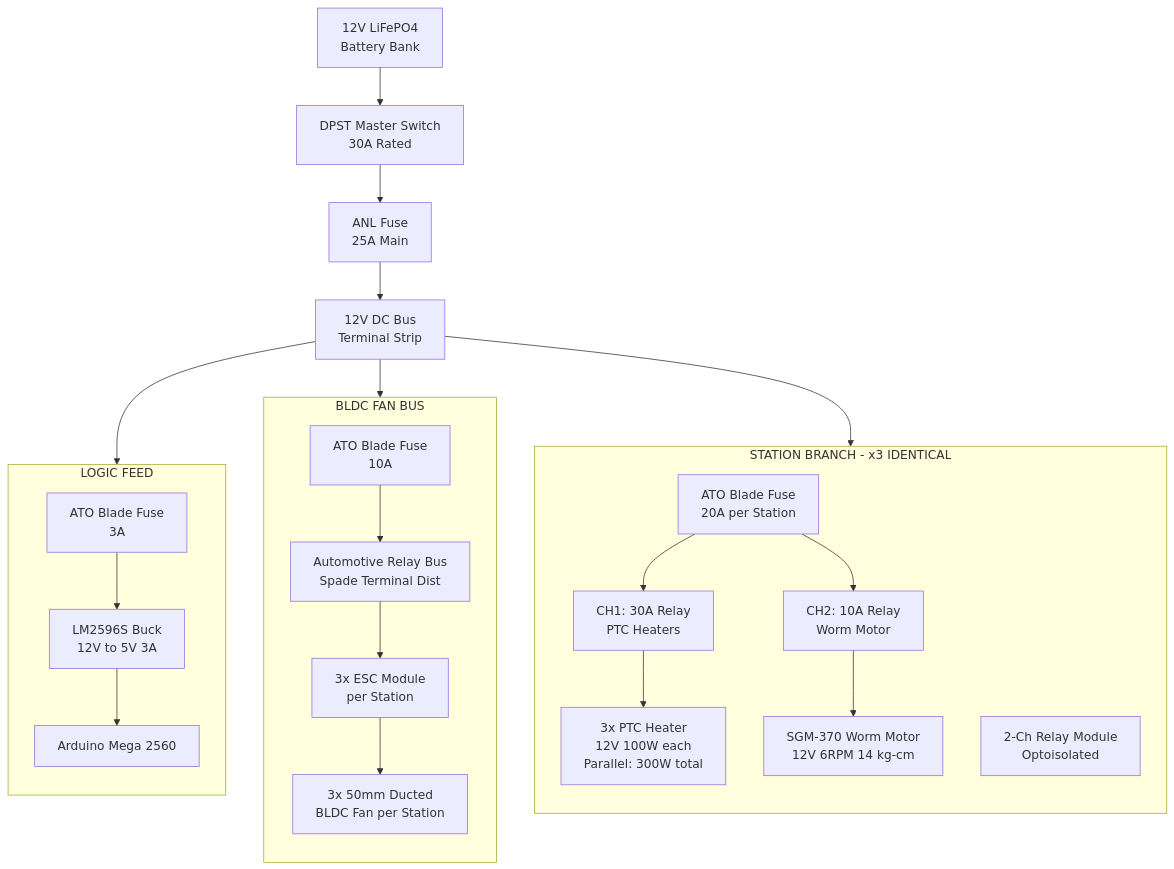
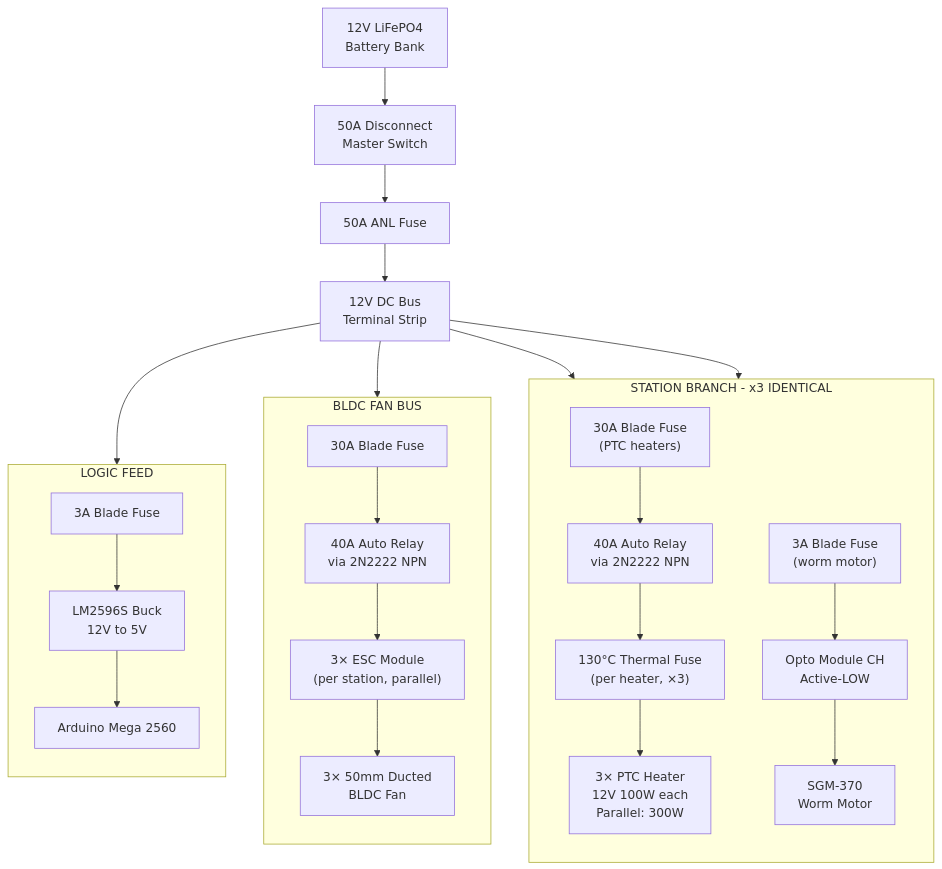
One commit to qppd/umbrella-dryer-v2 changed the second of 4 diagrams in docs/BLOCK-DIAGRAM.md. Above: the diagram before and after it, drawn with Mermaid. The commit also changed other lines of this file and 14 other files, not shown here.

````diff
--- a/docs/BLOCK-DIAGRAM.md
+++ b/docs/BLOCK-DIAGRAM.md
@@ -62,38 +70,39 @@
 ```mermaid
 flowchart TB
     BAT["12V LiFePO4<br/>Battery Bank"]
-    MSW["DPST Master Switch<br/>30A Rated"]
-    FMAIN["ANL Fuse<br/>25A Main"]
+    DISC["50A Disconnect<br/>Master Switch"]
+    FMAIN["50A ANL Fuse"]
     BUS["12V DC Bus<br/>Terminal Strip"]
 
     subgraph STA["STATION BRANCH - x3 IDENTICAL"]
         direction TB
-        FS["ATO Blade Fuse<br/>20A per Station"]
-        RM["2-Ch Relay Module<br/>Optoisolated"]
-        RH["CH1: 30A Relay<br/>PTC Heaters"]
-        RMOT["CH2: 10A Relay<br/>Worm Motor"]
-        PTC["3x PTC Heater<br/>12V 100W each<br/>Parallel: 300W total"]
-        MOT["SGM-370 Worm Motor<br/>12V 6RPM 14 kg-cm"]
+        F_PTC["30A Blade Fuse<br/>(PTC heaters)"]
+        RELAY_H["40A Auto Relay<br/>via 2N2222 NPN"]
+        THF["130°C Thermal Fuse<br/>(per heater, ×3)"]
+        PTC["3× PTC Heater<br/>12V 100W each<br/>Parallel: 300W"]
+        F_MOT["3A Blade Fuse<br/>(worm motor)"]
+        RELAY_M["Opto Module CH<br/>Active-LOW"]
+        MOT["SGM-370<br/>Worm Motor"]
     end
 
     subgraph FANBUS["BLDC FAN BUS"]
         direction TB
-        FF["ATO Blade Fuse<br/>10A"]
-        ARB["Automotive Relay Bus<br/>Spade Terminal Dist"]
-        ESC["3x ESC Module<br/>per Station"]
-        BLDC["3x 50mm Ducted<br/>BLDC Fan per Station"]
+        FF["30A Blade Fuse"]
+        RELAY_F["40A Auto Relay<br/>via 2N2222 NPN"]
+        ESC["3× ESC Module<br/>(per station, parallel)"]
+        BLDC["3× 50mm Ducted<br/>BLDC Fan"]
     end
 
     subgraph LOGIC["LOGIC FEED"]
         direction TB
-        FL["ATO Blade Fuse<br/>3A"]
-        BUCK["LM2596S Buck<br/>12V to 5V 3A"]
+        FL["3A Blade Fuse"]
+        BUCK["LM2596S Buck<br/>12V to 5V"]
         MEGA["Arduino Mega 2560"]
     end
 
-    BAT --> MSW --> FMAIN --> BUS
-    BUS --> FS --> RH --> PTC
-    FS --> RMOT --> MOT
-    BUS --> FF --> ARB --> ESC --> BLDC
+    BAT --> DISC --> FMAIN --> BUS
+    BUS --> F_PTC --> RELAY_H --> THF --> PTC
+    BUS --> F_MOT --> RELAY_M --> MOT
+    BUS --> FF --> RELAY_F --> ESC --> BLDC
     BUS --> FL --> BUCK --> MEGA
 ```
````
